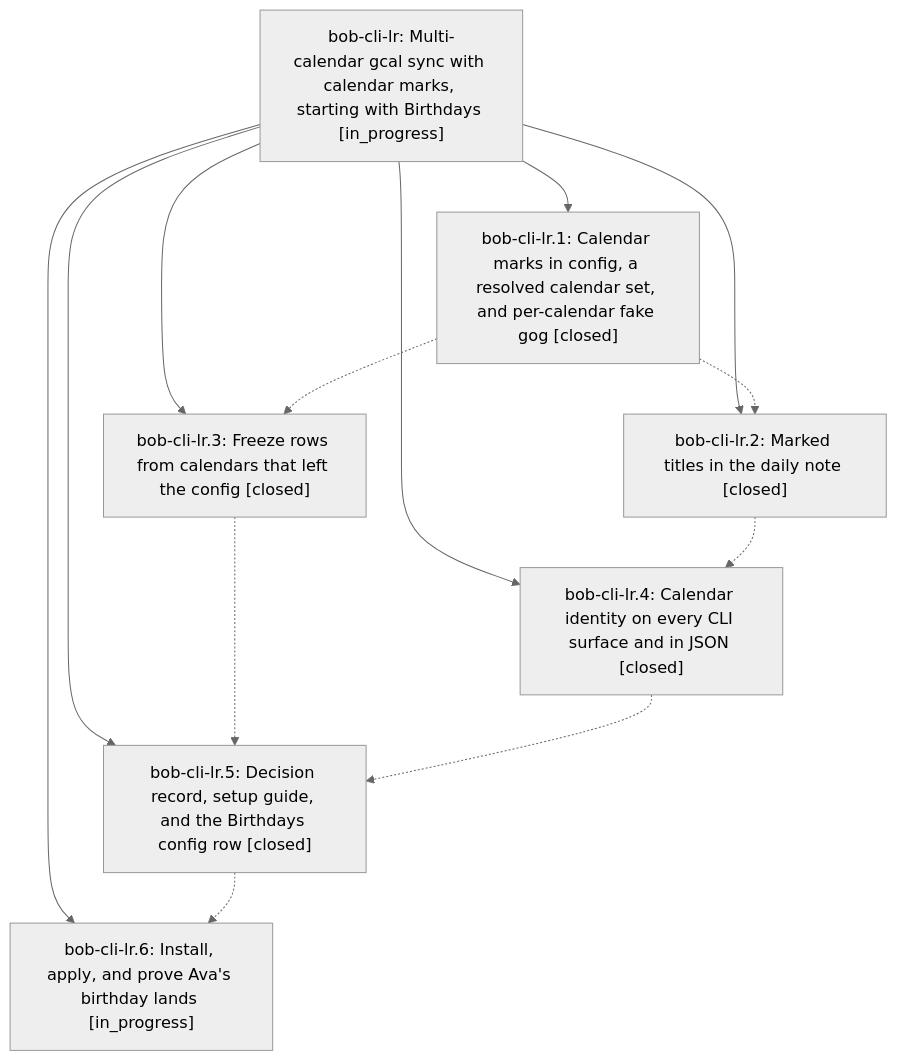
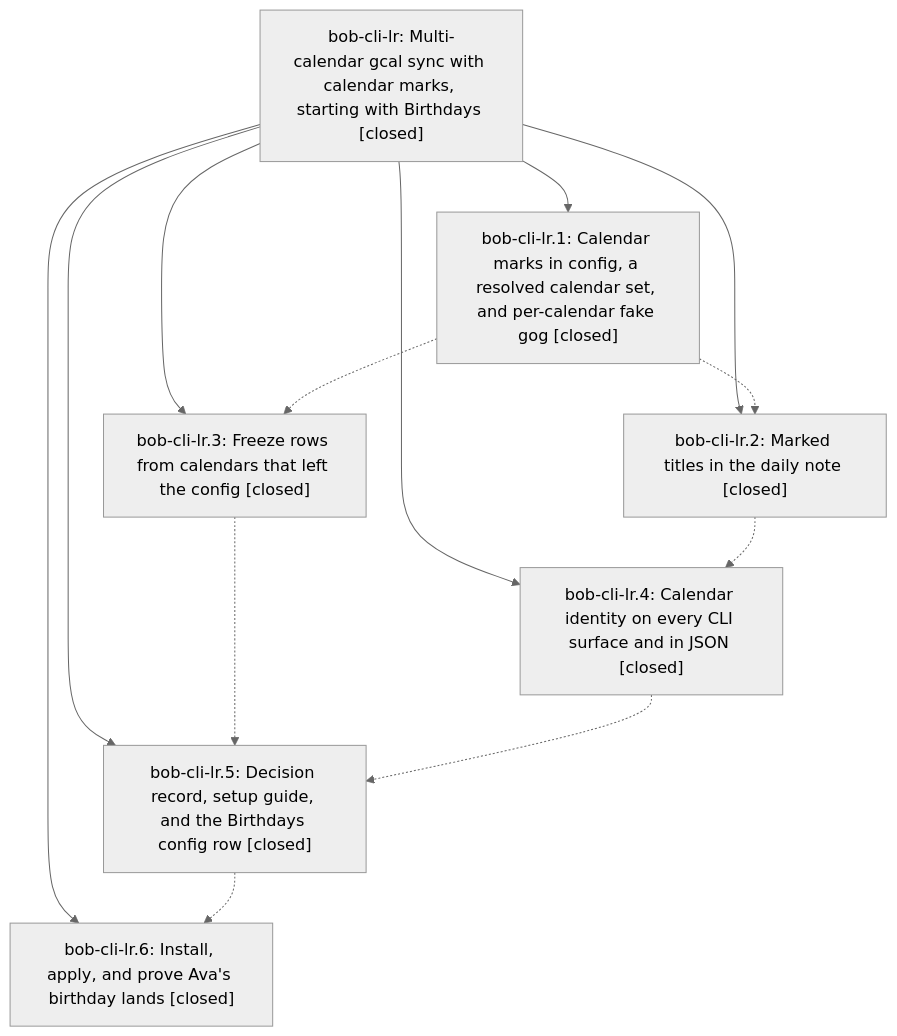
The diagram in pages/bob-cli-lr/README.md (bobs-org/bob-cli--beads), drawn with Mermaid (neutral theme) before and after one commit. The commit also changed other lines of this file and 2 other files, not shown here.

First line of the commit message:
chore(beads): sync bead state and pages for bob-cli-lr

````diff
--- a/pages/bob-cli-lr/README.md
+++ b/pages/bob-cli-lr/README.md
@@ -39,22 +43,22 @@
 ```mermaid
 flowchart TD
-    n0["bob-cli-lr: Multi-calendar gcal sync with calendar marks, starting with Birthdays [in_progress]"]
+    n0["bob-cli-lr: Multi-calendar gcal sync with calendar marks, starting with Birthdays [closed]"]
     n1["bob-cli-lr.1: Calendar marks in config, a resolved calendar set, and per-calendar fake gog [closed]"]
     n2["bob-cli-lr.2: Marked titles in the daily note [closed]"]
     n3["bob-cli-lr.3: Freeze rows from calendars that left the config [closed]"]
     n4["bob-cli-lr.4: Calendar identity on every CLI surface and in JSON [closed]"]
     n5["bob-cli-lr.5: Decision record, setup guide, and the Birthdays config row [closed]"]
-    n6["bob-cli-lr.6: Install, apply, and prove Ava's birthday lands [in_progress]"]
+    n6["bob-cli-lr.6: Install, apply, and prove Ava's birthday lands [closed]"]
     n0 --> n1
     n0 --> n2
     n0 --> n3
     n0 --> n4
     n0 --> n5
     n0 --> n6
     n1 -.-> n2
     n1 -.-> n3
     n2 -.-> n4
     n3 -.-> n5
     n4 -.-> n5
     n5 -.-> n6
 ```
````
